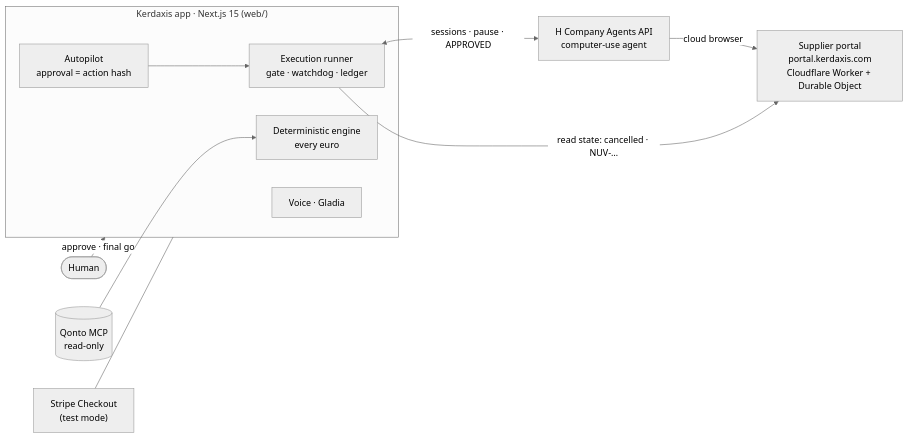
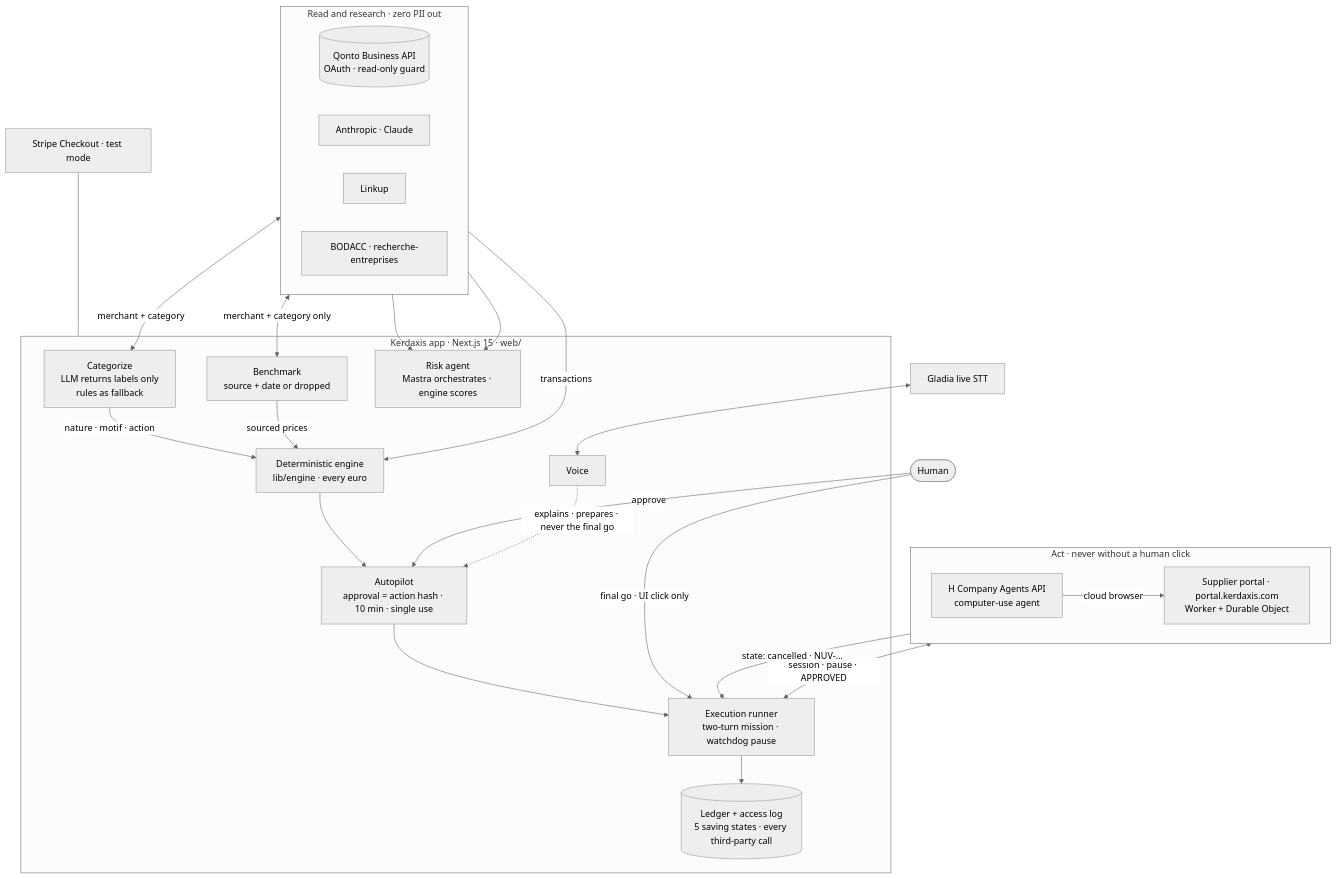
One commit to kevinMPO/kerdaxis changed the first of 2 diagrams in README.md. Above: the diagram before and after it, drawn with Mermaid (neutral theme). The commit also changed other lines of this file, not shown here.

Commit message:
docs: redraw the architecture diagrams to match the current code
Split into two diagrams: the app in three lanes (read and research, app, act)
and the other entry points (Claude Code skill, Claude Tag + engine API, remote
MCP server). Adds categorize, benchmark, risk agent and the access log, and
corrects the app's Qonto source to the OAuth read client.

````diff
--- a/README.md
+++ b/README.md
@@ -130,16 +132,50 @@
 ```mermaid
-flowchart LR
-    U([Human]) -->|approve · final go| APP
-    subgraph APP["Kerdaxis app · Next.js 15 (web/)"]
-      ENG["Deterministic engine<br/>every euro"]
-      AP["Autopilot<br/>approval = action hash"]
-      EX["Execution runner<br/>gate · watchdog · ledger"]
-      VO["Voice · Gladia"]
+flowchart TB
+    subgraph IN["Read and research · zero PII out"]
+      direction LR
+      Q[("Qonto Business API<br/>OAuth · read-only guard")]
+      AN["Anthropic · Claude"]
+      LK["Linkup"]
+      GOV["BODACC · recherche-entreprises"]
     end
-    Q[("Qonto MCP<br/>read-only")] --> ENG
+
+    subgraph APP["Kerdaxis app · Next.js 15 · web/"]
+      LBL["Categorize<br/>LLM returns labels only<br/>rules as fallback"]
+      BM["Benchmark<br/>source + date or dropped"]
+      RISK["Risk agent<br/>Mastra orchestrates · engine scores"]
+      ENG["Deterministic engine<br/>lib/engine · every euro"]
+      AP["Autopilot<br/>approval = action hash · 10 min · single use"]
+      EX["Execution runner<br/>two-turn mission · watchdog pause"]
+      LED[("Ledger + access log<br/>5 saving states · every third-party call")]
+      VO["Voice"]
+    end
+
+    subgraph OUT["Act · never without a human click"]
+      direction LR
+      H["H Company Agents API<br/>computer-use agent"]
+      P["Supplier portal · portal.kerdaxis.com<br/>Worker + Durable Object"]
+    end
+
+    U([Human])
+    GL["Gladia live STT"]
+    ST["Stripe Checkout · test mode"]
+
+    Q -->|transactions| ENG
+    AN <-->|merchant + category| LBL
+    LBL -->|nature · motif · action| ENG
+    LK <-->|merchant + category only| BM
+    BM -->|sourced prices| ENG
+    LK --> RISK
+    GOV --> RISK
+    ENG --> AP
+    U -->|approve| AP
     AP --> EX
-    EX <-->|sessions · pause · APPROVED| H["H Company Agents API<br/>computer-use agent"]
-    H -->|cloud browser| P["Supplier portal<br/>portal.kerdaxis.com<br/>Cloudflare Worker + Durable Object"]
-    EX -->|read state: cancelled · NUV-…| P
-    S["Stripe Checkout<br/>(test mode)"] --- APP
+    U -->|final go · UI click only| EX
+    EX --> LED
+    EX <-->|session · pause · APPROVED| H
+    H -->|cloud browser| P
+    P -->|state: cancelled · NUV-…| EX
+    GL <--> VO
+    VO -.->|explains · prepares · never the final go| AP
+    ST --- APP
 ```
````
